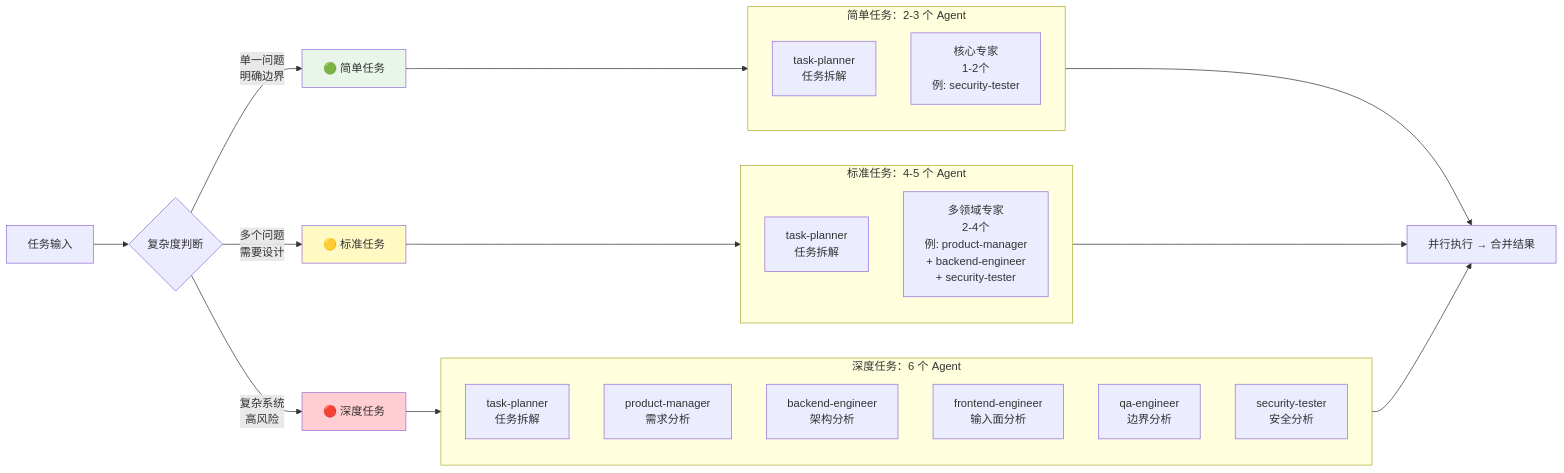
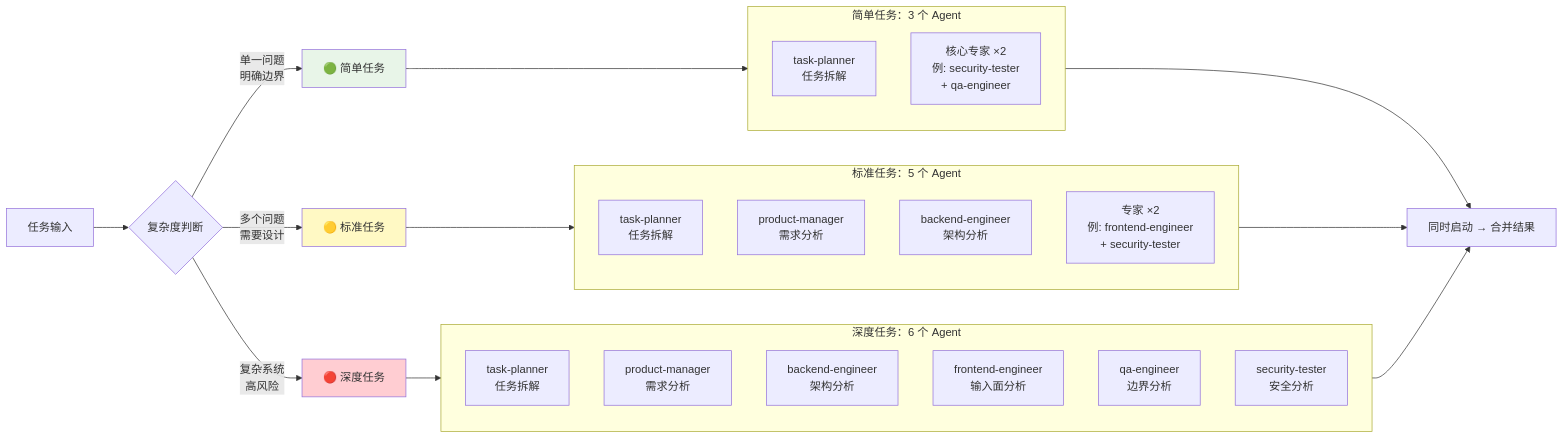
Before and after one commit to xxipv6/claudeSandBox: the second of 7 diagrams in ARCHITECTURE.md, drawn with Mermaid. The commit also changed other lines of this file, not shown here.

First line of the commit message:
docs: 更新 ARCHITECTURE.md - 修正分级调度和统一术语

````diff
--- a/ARCHITECTURE.md
+++ b/ARCHITECTURE.md
@@ -108,39 +113,41 @@
 ```mermaid
 flowchart LR
     Input[任务输入] --> Check{复杂度判断}
 
     Check -->|单一问题<br/>明确边界| SimpleLevel[🟢 简单任务]
     Check -->|多个问题<br/>需要设计| StandardLevel[🟡 标准任务]
     Check -->|复杂系统<br/>高风险| DeepLevel[🔴 深度任务]
 
-    subgraph SimpleAgents["简单任务：2-3 个 Agent"]
+    subgraph SimpleAgents["简单任务：3 个 Agent"]
         S1[task-planner<br/>任务拆解]
-        S2[核心专家<br/>1-2个<br/>例: security-tester]
+        S2[核心专家 ×2<br/>例: security-tester<br/>+ qa-engineer]
     end
 
-    subgraph StandardAgents["标准任务：4-5 个 Agent"]
+    subgraph StandardAgents["标准任务：5 个 Agent"]
         ST1[task-planner<br/>任务拆解]
-        ST2[多领域专家<br/>2-4个<br/>例: product-manager<br/>+ backend-engineer<br/>+ security-tester]
+        ST2[product-manager<br/>需求分析]
+        ST3[backend-engineer<br/>架构分析]
+        ST4[专家 ×2<br/>例: frontend-engineer<br/>+ security-tester]
     end
 
     subgraph DeepAgents["深度任务：6 个 Agent"]
         D1[task-planner<br/>任务拆解]
         D2[product-manager<br/>需求分析]
         D3[backend-engineer<br/>架构分析]
         D4[frontend-engineer<br/>输入面分析]
         D5[qa-engineer<br/>边界分析]
         D6[security-tester<br/>安全分析]
     end
 
     SimpleLevel --> SimpleAgents
     StandardLevel --> StandardAgents
     DeepLevel --> DeepAgents
 
-    SimpleAgents --> Output[并行执行 → 合并结果]
+    SimpleAgents --> Output[同时启动 → 合并结果]
     StandardAgents --> Output
     DeepAgents --> Output
 
     style SimpleLevel fill:#e8f5e8
     style StandardLevel fill:#fff9c4
     style DeepLevel fill:#ffcdd2
 ```
````
